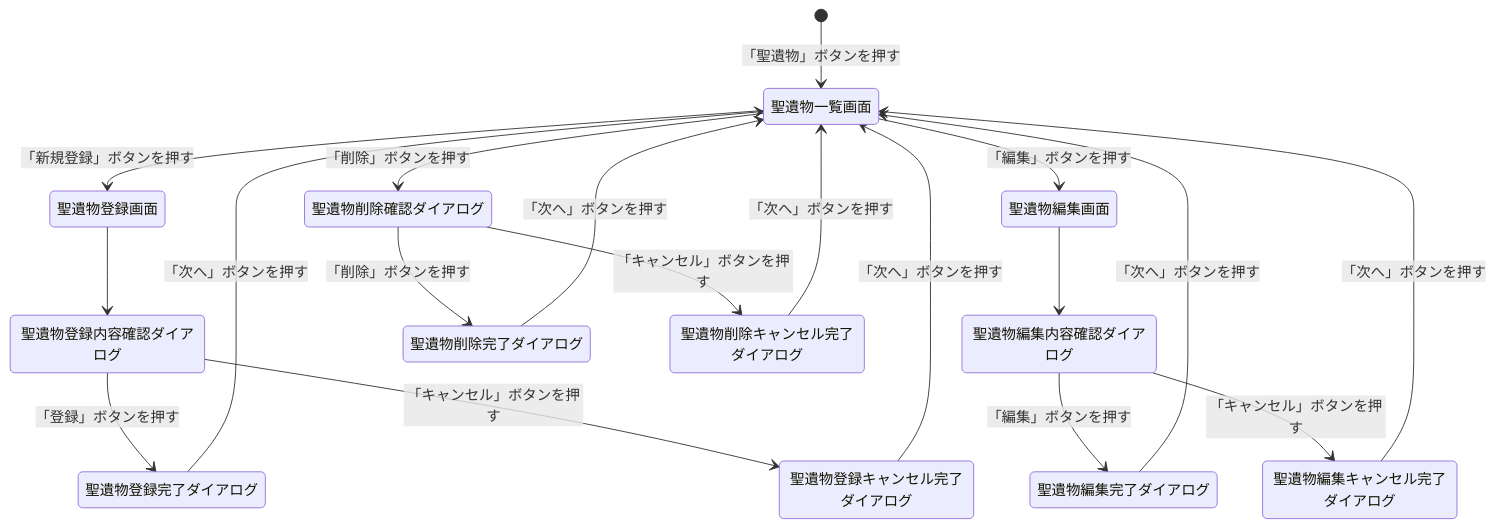
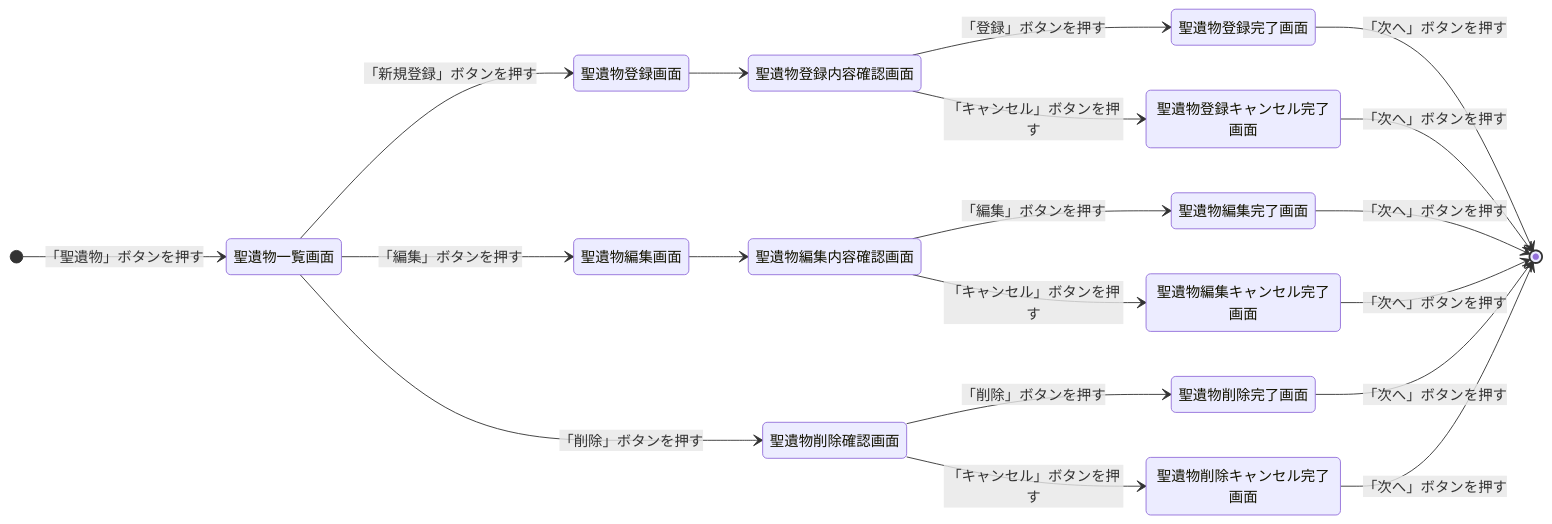
One commit to Ryosuke-Yamasaki/Genshin-Desktop-App changed the diagram in docments/basicDesign/artifactManagerSystem/transitionDiagram.md. Above: the diagram before and after it, drawn with Mermaid.

Commit message:
遷移図を変更

````diff
--- a/docments/basicDesign/artifactManagerSystem/transitionDiagram.md
+++ b/docments/basicDesign/artifactManagerSystem/transitionDiagram.md
@@ -3,22 +3,25 @@
 ```mermaid
 stateDiagram-v2
-  direction tb
+  direction LR
   [*] --> 聖遺物一覧画面 : 「聖遺物」ボタンを押す
+
   聖遺物一覧画面 --> 聖遺物登録画面 : 「新規登録」ボタンを押す
+  聖遺物登録画面 --> 聖遺物登録内容確認画面
+  聖遺物登録内容確認画面 --> 聖遺物登録完了画面 : 「登録」ボタンを押す
+  聖遺物登録内容確認画面 --> 聖遺物登録キャンセル完了画面 : 「キャンセル」ボタンを押す
+  聖遺物登録完了画面 --> [*] : 「次へ」ボタンを押す
+  聖遺物登録キャンセル完了画面 --> [*] : 「次へ」ボタンを押す
+
   聖遺物一覧画面 --> 聖遺物編集画面 : 「編集」ボタンを押す
-  聖遺物一覧画面 --> 聖遺物削除確認ダイアログ : 「削除」ボタンを押す
-  聖遺物登録画面 --> 聖遺物登録内容確認ダイアログ
-  聖遺物登録内容確認ダイアログ --> 聖遺物登録完了ダイアログ : 「登録」ボタンを押す
-  聖遺物登録内容確認ダイアログ --> 聖遺物登録キャンセル完了ダイアログ : 「キャンセル」ボタンを押す
-  聖遺物登録完了ダイアログ --> 聖遺物一覧画面 : 「次へ」ボタンを押す
-  聖遺物登録キャンセル完了ダイアログ --> 聖遺物一覧画面 : 「次へ」ボタンを押す
-  聖遺物編集画面 --> 聖遺物編集内容確認ダイアログ
-  聖遺物編集内容確認ダイアログ --> 聖遺物編集完了ダイアログ : 「編集」ボタンを押す
-  聖遺物編集内容確認ダイアログ --> 聖遺物編集キャンセル完了ダイアログ : 「キャンセル」ボタンを押す
-  聖遺物編集完了ダイアログ --> 聖遺物一覧画面 : 「次へ」ボタンを押す
-  聖遺物編集キャンセル完了ダイアログ --> 聖遺物一覧画面 : 「次へ」ボタンを押す
-  聖遺物削除確認ダイアログ --> 聖遺物削除完了ダイアログ : 「削除」ボタンを押す
-  聖遺物削除確認ダイアログ --> 聖遺物削除キャンセル完了ダイアログ : 「キャンセル」ボタンを押す
-  聖遺物削除完了ダイアログ --> 聖遺物一覧画面 : 「次へ」ボタンを押す
-  聖遺物削除キャンセル完了ダイアログ --> 聖遺物一覧画面 : 「次へ」ボタンを押す
+  聖遺物編集画面 --> 聖遺物編集内容確認画面
+  聖遺物編集内容確認画面 --> 聖遺物編集完了画面 : 「編集」ボタンを押す
+  聖遺物編集内容確認画面 --> 聖遺物編集キャンセル完了画面 : 「キャンセル」ボタンを押す
+  聖遺物編集完了画面 --> [*] : 「次へ」ボタンを押す
+  聖遺物編集キャンセル完了画面 --> [*] : 「次へ」ボタンを押す
+
+  聖遺物一覧画面 --> 聖遺物削除確認画面 : 「削除」ボタンを押す
+  聖遺物削除確認画面 --> 聖遺物削除完了画面 : 「削除」ボタンを押す
+  聖遺物削除確認画面 --> 聖遺物削除キャンセル完了画面 : 「キャンセル」ボタンを押す
+  聖遺物削除完了画面 --> [*] : 「次へ」ボタンを押す
+  聖遺物削除キャンセル完了画面 --> [*] : 「次へ」ボタンを押す
 ```
````
